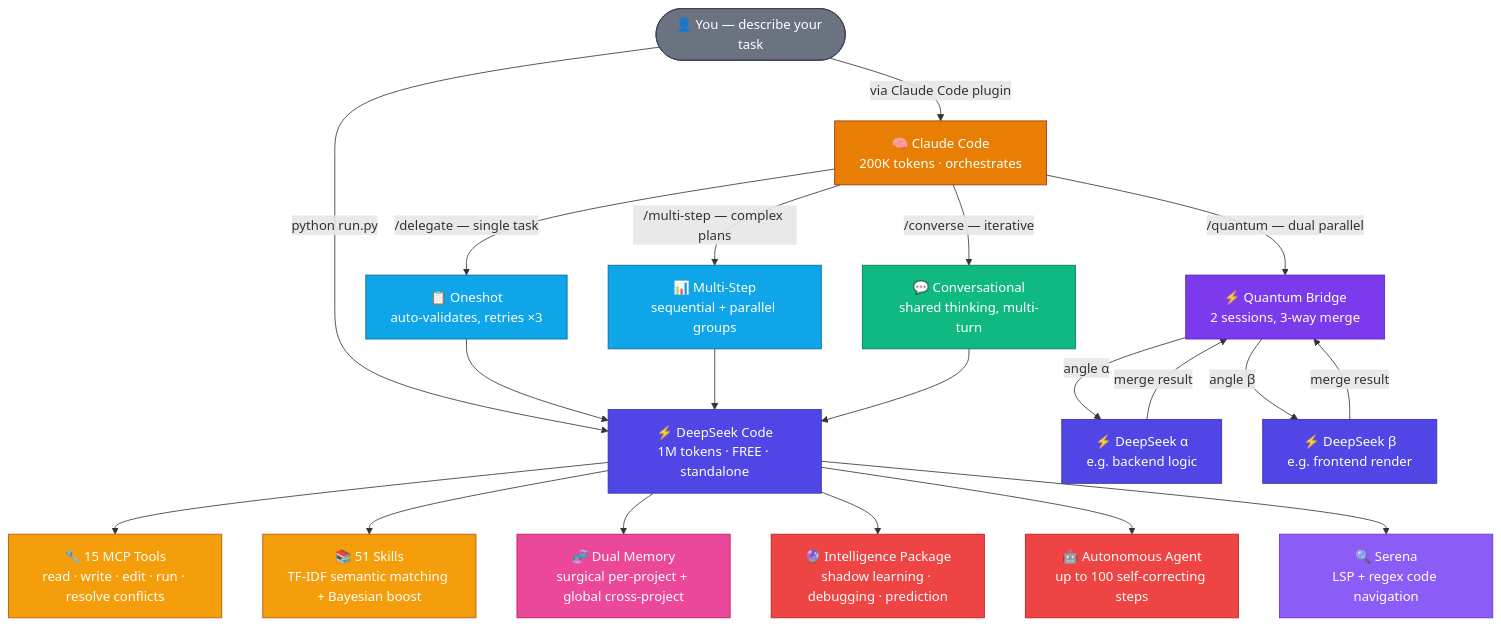
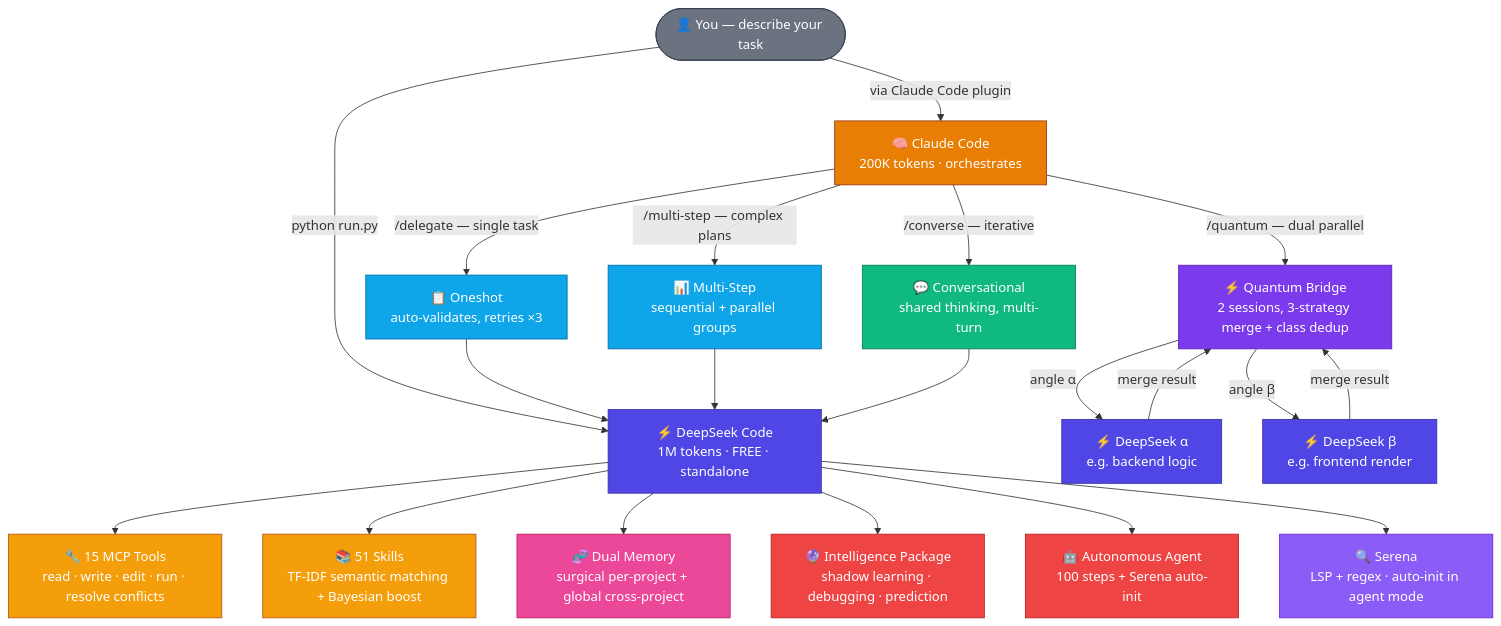
The second of 6 diagrams in README.md (Galidar/DeepSeekCode), drawn with Mermaid before and after one commit. The commit also changed 1 other file, not shown here.

Commit message:
docs: actualizar diagramas mermaid con features v4.2
- Quantum Bridge: "3-way merge" → "3-strategy merge + class dedup"
- Agent: "100 self-correcting steps" → "100 steps + Serena auto-init"
- Serena: "LSP + regex" → "LSP + regex · auto-init in agent mode"
- Plugin diagram: agregar nodo Serena auto-init y class dedup en QB

````diff
--- a/README.md
+++ b/README.md
@@ -138,43 +138,43 @@
 ```mermaid
 graph TB
     User(["👤 You — describe your task"])
 
     User -->|"python run.py"| DS["⚡ DeepSeek Code<br/>1M tokens · FREE · standalone"]
     User -->|"via Claude Code plugin"| CC["🧠 Claude Code<br/>200K tokens · orchestrates"]
 
     CC -->|"/delegate — single task"| DEL["📋 Oneshot<br/>auto-validates, retries ×3"]
-    CC -->|"/quantum — dual parallel"| QB["⚡ Quantum Bridge<br/>2 sessions, 3-way merge"]
+    CC -->|"/quantum — dual parallel"| QB["⚡ Quantum Bridge<br/>2 sessions, 3-strategy merge + class dedup"]
     CC -->|"/multi-step — complex plans"| MS["📊 Multi-Step<br/>sequential + parallel groups"]
     CC -->|"/converse — iterative"| CV["💬 Conversational<br/>shared thinking, multi-turn"]
 
     DEL --> DS
     QB -->|"angle α"| DSA["⚡ DeepSeek α<br/>e.g. backend logic"]
     QB -->|"angle β"| DSB["⚡ DeepSeek β<br/>e.g. frontend render"]
     DSA -->|"merge result"| QB
     DSB -->|"merge result"| QB
     MS --> DS
     CV --> DS
 
     DS --> TOOLS["🔧 15 MCP Tools<br/>read · write · edit · run · resolve conflicts"]
     DS --> SKILLS["📚 51 Skills<br/>TF-IDF semantic matching + Bayesian boost"]
     DS --> MEM["🧬 Dual Memory<br/>surgical per-project + global cross-project"]
     DS --> INTEL["🔮 Intelligence Package<br/>shadow learning · debugging · prediction"]
-    DS --> AGENT["🤖 Autonomous Agent<br/>up to 100 self-correcting steps"]
-    DS --> SERENA["🔍 Serena<br/>LSP + regex code navigation"]
+    DS --> AGENT["🤖 Autonomous Agent<br/>100 steps + Serena auto-init"]
+    DS --> SERENA["🔍 Serena<br/>LSP + regex · auto-init in agent mode"]
 
     style User fill:#6B7280,stroke:#374151,color:#fff
     style CC fill:#E87E04,stroke:#9A3412,color:#fff
     style DS fill:#4F46E5,stroke:#3730A3,color:#fff
     style DSA fill:#4F46E5,stroke:#3730A3,color:#fff
     style DSB fill:#4F46E5,stroke:#3730A3,color:#fff
     style DEL fill:#0EA5E9,stroke:#0369A1,color:#fff
     style QB fill:#7C3AED,stroke:#5B21B6,color:#fff
     style MS fill:#0EA5E9,stroke:#0369A1,color:#fff
     style CV fill:#10B981,stroke:#047857,color:#fff
     style TOOLS fill:#F59E0B,stroke:#B45309,color:#fff
     style SKILLS fill:#F59E0B,stroke:#B45309,color:#fff
     style MEM fill:#EC4899,stroke:#BE185D,color:#fff
     style INTEL fill:#EF4444,stroke:#B91C1C,color:#fff
     style AGENT fill:#EF4444,stroke:#B91C1C,color:#fff
     style SERENA fill:#8B5CF6,stroke:#6D28D9,color:#fff
 ```
````
